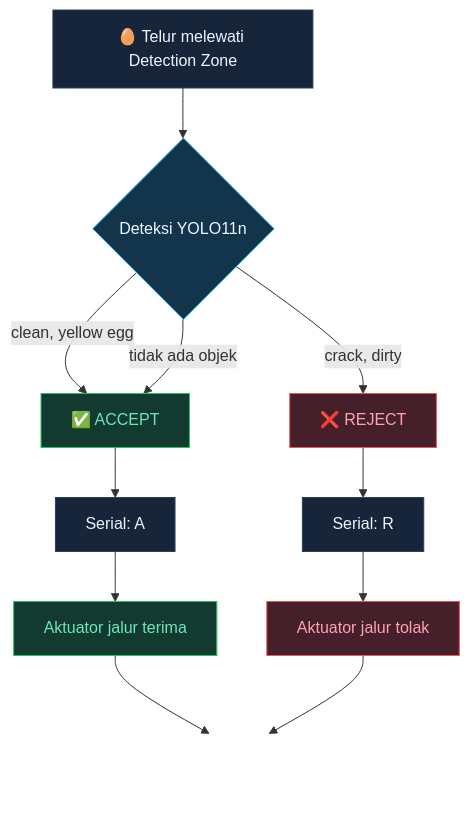
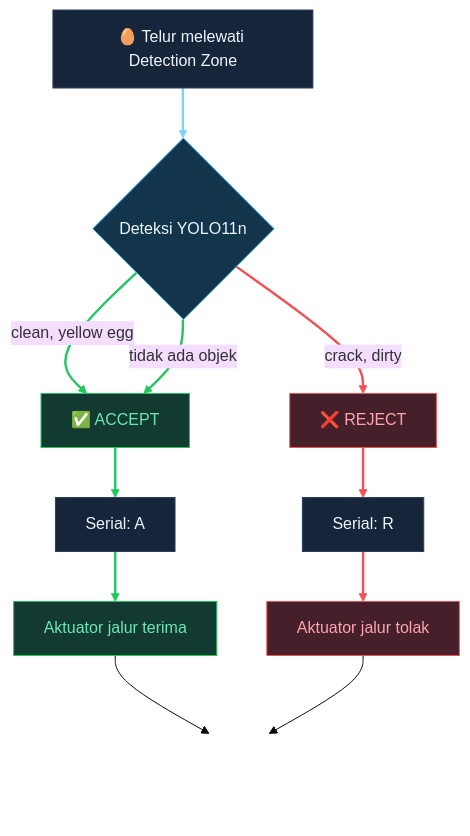
The first of 3 diagrams in README.md (bagoes3465/PROYEK-KLASIFIKASI-KUALITAS-TELUR), drawn with Mermaid before and after one commit. The commit also changed other lines of this file, not shown here.

Commit message:
feat: animasi diagram sesuai alur sistem + redesign alur operasional

````diff
--- a/README.md
+++ b/README.md
@@ -54,23 +60,33 @@
 ```mermaid
+%%{init: {'theme':'base','themeCSS':'@keyframes eggflow{to{stroke-dashoffset:-800}}@keyframes settle{0%,100%{opacity:1}50%{opacity:.8}}@keyframes glow{0%,100%{filter:drop-shadow(0 0 0 transparent)}50%{filter:drop-shadow(0 0 5px #38BDF8)}}.flowchart-link,.edgePath .path{stroke-dasharray:10 8!important;animation:eggflow 14s linear infinite!important;stroke-width:2.4px!important}g.node{animation:settle 3.6s ease-in-out infinite}#diagram-flowchart-B-0{animation:glow 2.2s ease-in-out infinite}'}}%%
 flowchart TD
     A["🥚 Telur melewati Detection Zone"] --> B{"Deteksi YOLO11n"}
     B -->|"clean, yellow egg"| C["✅ ACCEPT"]
     B -->|"crack, dirty"| D["❌ REJECT"]
     B -->|"tidak ada objek"| C
     C --> E["Serial: A"]
     D --> F["Serial: R"]
     E --> G["Aktuator jalur terima"]
     F --> H["Aktuator jalur tolak"]
     G --> SPACER[" "]
     H --> SPACER
 
+    linkStyle 0 stroke:#7DD3FC,stroke-width:2.4px
+    linkStyle 1 stroke:#22C55E,stroke-width:2.4px
+    linkStyle 2 stroke:#F05252,stroke-width:2.4px
+    linkStyle 3 stroke:#22C55E,stroke-width:2.4px
+    linkStyle 4 stroke:#22C55E,stroke-width:2.4px
+    linkStyle 5 stroke:#F05252,stroke-width:2.4px
+    linkStyle 6 stroke:#22C55E,stroke-width:2.4px
+    linkStyle 7 stroke:#F05252,stroke-width:2.4px
+
     style A fill:#17253A,stroke:#28415E,color:#EDF5FF
     style B fill:#12354B,stroke:#38BDF8,color:#EDF5FF
     style C fill:#123A31,stroke:#22C55E,color:#6EE7B7
     style D fill:#451F2A,stroke:#F05252,color:#FDA4AF
     style E fill:#17253A,stroke:#28415E,color:#EDF5FF
     style F fill:#17253A,stroke:#28415E,color:#EDF5FF
     style G fill:#123A31,stroke:#22C55E,color:#6EE7B7
     style H fill:#451F2A,stroke:#F05252,color:#FDA4AF
     style SPACER fill:none,stroke:none,height:90px
 ```
````
